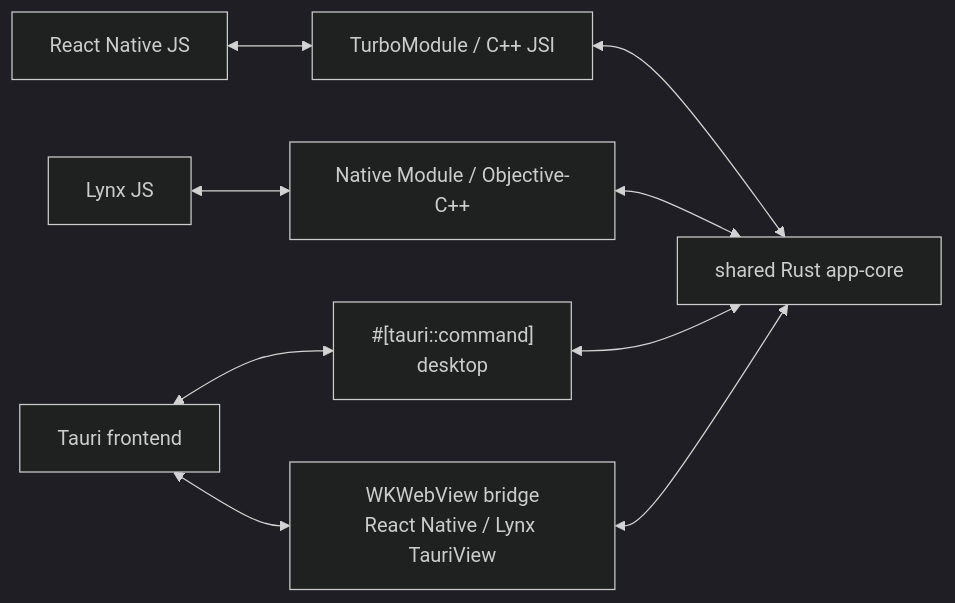
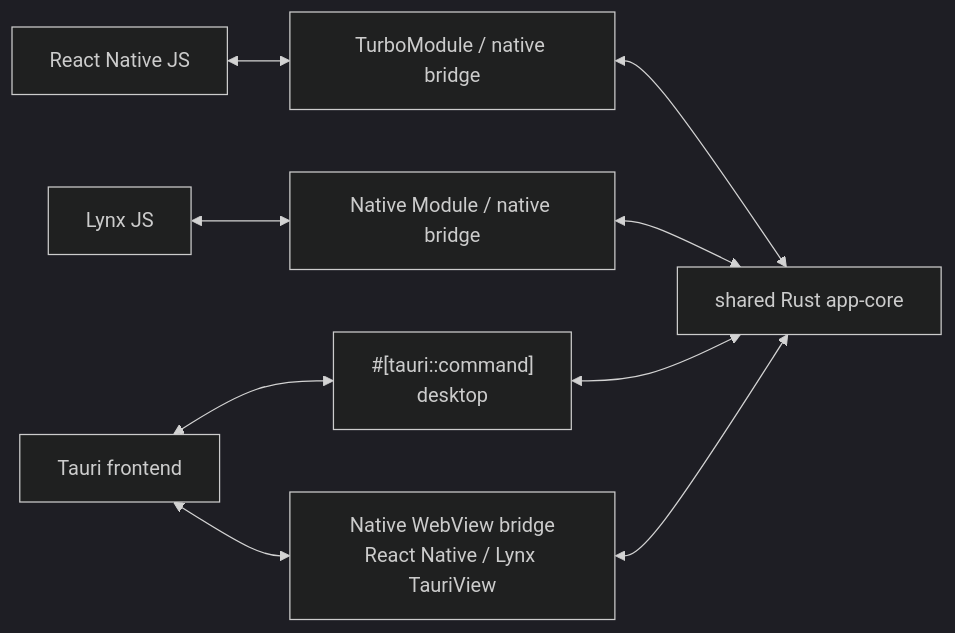
Before and after one commit to gronxb/tauri-native: the diagram in README.md, drawn with Mermaid (dark theme). The commit also changed other lines of this file and 63 other files, not shown here.

Commit message:
feat: add Android support for React Native and Lynx (#3)

````diff
--- a/README.md
+++ b/README.md
@@ -90,14 +91,14 @@
 ```mermaid
 flowchart LR
-  RN["React Native JS"] <--> JSI["TurboModule / C++ JSI"]
+  RN["React Native JS"] <--> JSI["TurboModule / native bridge"]
   JSI <--> RUST["shared Rust app-core"]
 
-  LYNX["Lynx JS"] <--> LYNX_BRIDGE["Native Module / Objective-C++"]
+  LYNX["Lynx JS"] <--> LYNX_BRIDGE["Native Module / native bridge"]
   LYNX_BRIDGE <--> RUST
 
   TAURI["Tauri frontend"] <--> COMMAND["#[tauri::command]<br/>desktop"]
   COMMAND <--> RUST
 
-  TAURI <--> WEBVIEW["WKWebView bridge<br/>React Native / Lynx TauriView"]
+  TAURI <--> WEBVIEW["Native WebView bridge<br/>React Native / Lynx TauriView"]
   WEBVIEW <--> RUST
 ```
````
